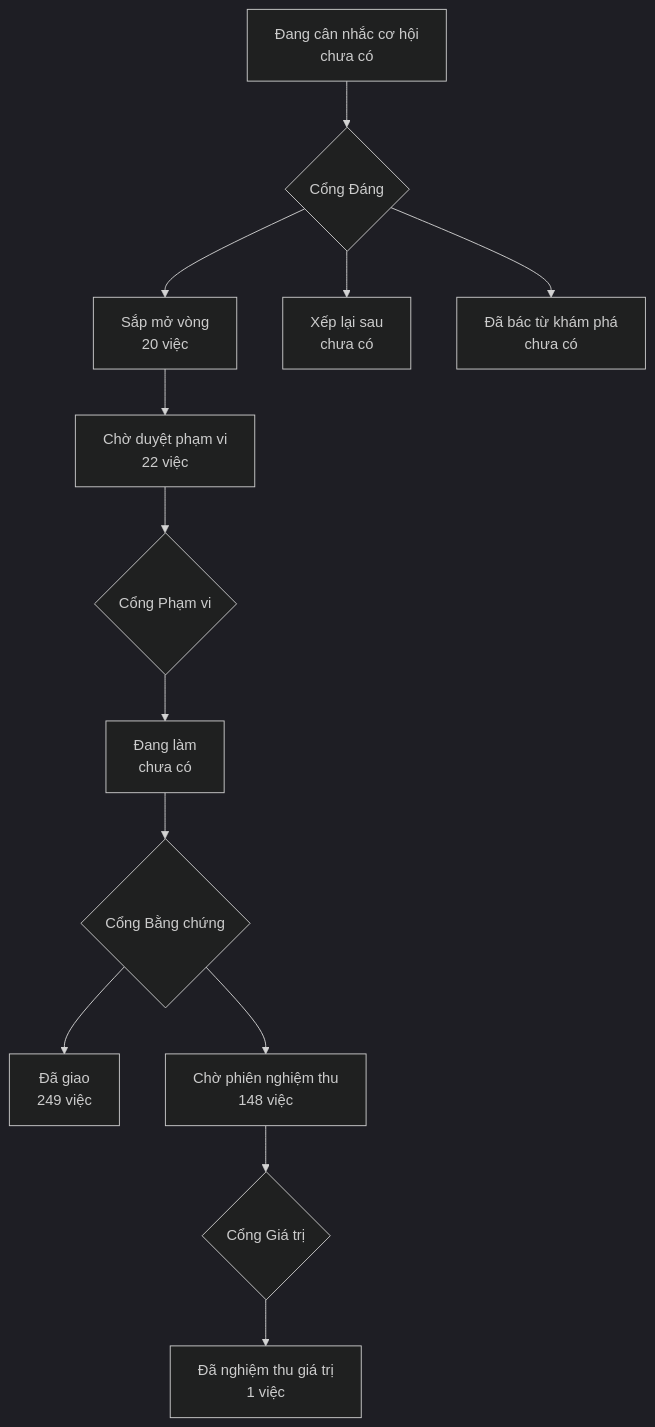
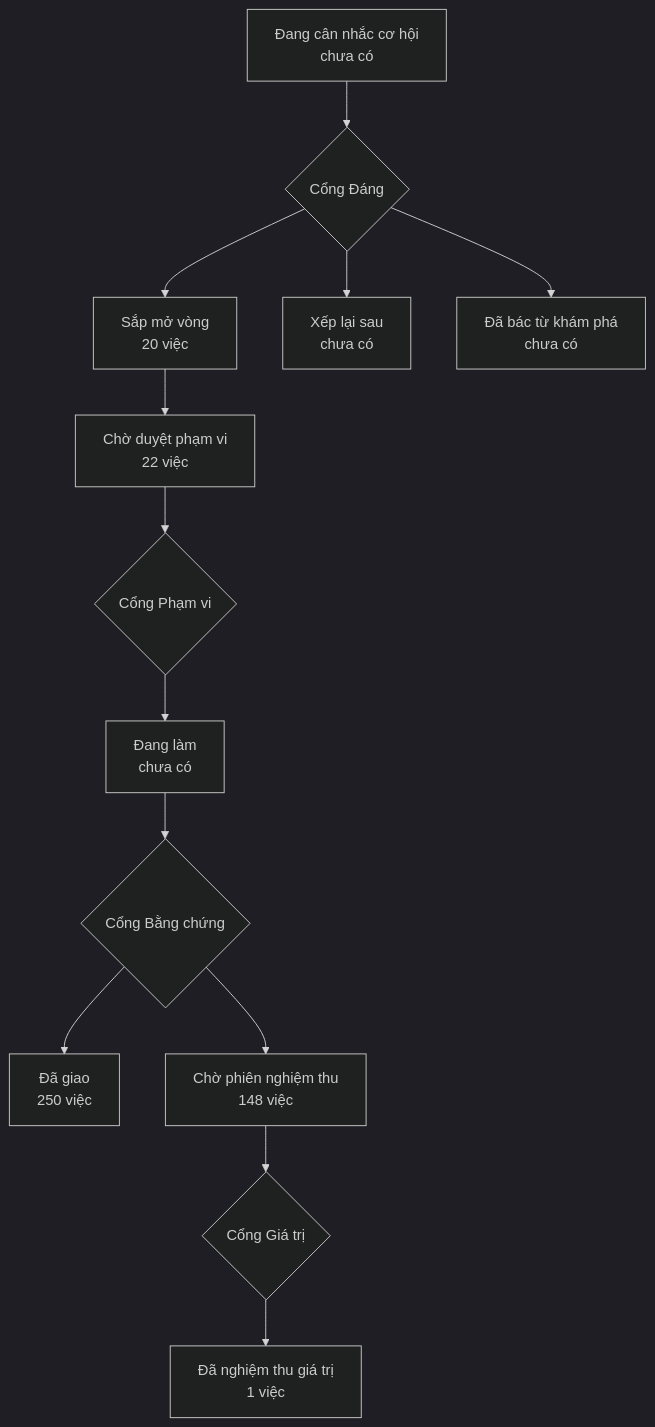
Before and after one commit to phanlemanh/onehub-invest: the diagram in PRODUCT-MAP.md, drawn with Mermaid (dark theme). The commit also changed other lines of this file and 26 other files, not shown here.

````diff
--- a/PRODUCT-MAP.md
+++ b/PRODUCT-MAP.md
@@ -7,12 +7,12 @@
 ```mermaid
 flowchart TD
   A["Đang cân nhắc cơ hội<br/>chưa có"] --> GD{"Cổng Đáng"}
   GD --> B["Sắp mở vòng<br/>20 việc"]
   GD --> XL["Xếp lại sau<br/>chưa có"]
   GD --> DB["Đã bác từ khám phá<br/>chưa có"]
   B --> CD["Chờ duyệt phạm vi<br/>22 việc"] --> GP{"Cổng Phạm vi"}
   GP --> DL["Đang làm<br/>chưa có"] --> GB{"Cổng Bằng chứng"}
-  GB --> DG["Đã giao<br/>249 việc"]
+  GB --> DG["Đã giao<br/>250 việc"]
   GB --> CN["Chờ phiên nghiệm thu<br/>148 việc"] --> GG{"Cổng Giá trị"}
   GG --> NT["Đã nghiệm thu giá trị<br/>1 việc"]
 ```
````
